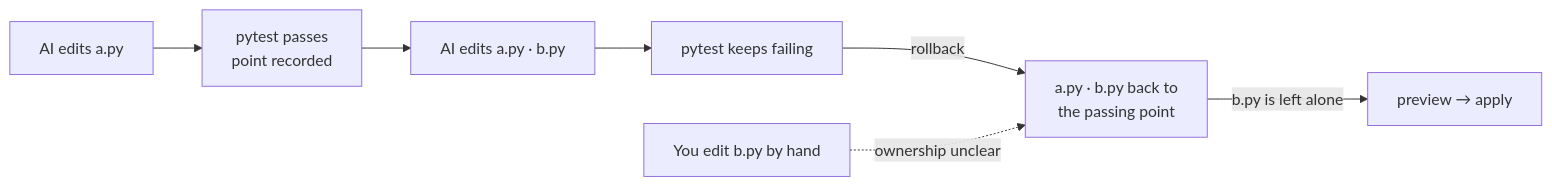
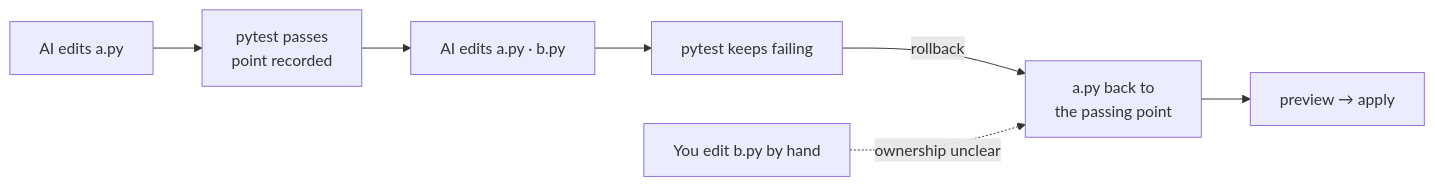
The third of 3 diagrams in README.en.md (JinHo-von-Choi/anti-samcheonpo), drawn with Mermaid before and after one commit. The commit also changed other lines of this file and 4 other files, not shown here.

````diff
--- a/README.en.md
+++ b/README.en.md
@@ -246,9 +199,9 @@
 ```mermaid
 flowchart LR
     W1[AI edits a.py] --> P[pytest passes<br/>point recorded]
     P --> W2[AI edits a.py · b.py]
     W2 --> X[pytest keeps failing]
-    X -->|rollback| R[a.py · b.py back to<br/>the passing point]
+    X -->|rollback| R[a.py back to<br/>the passing point]
     U[You edit b.py by hand] -.->|ownership unclear| R
-    R -->|b.py is left alone| D[preview → apply]
+    R --> D[preview → apply]
 ```
````
